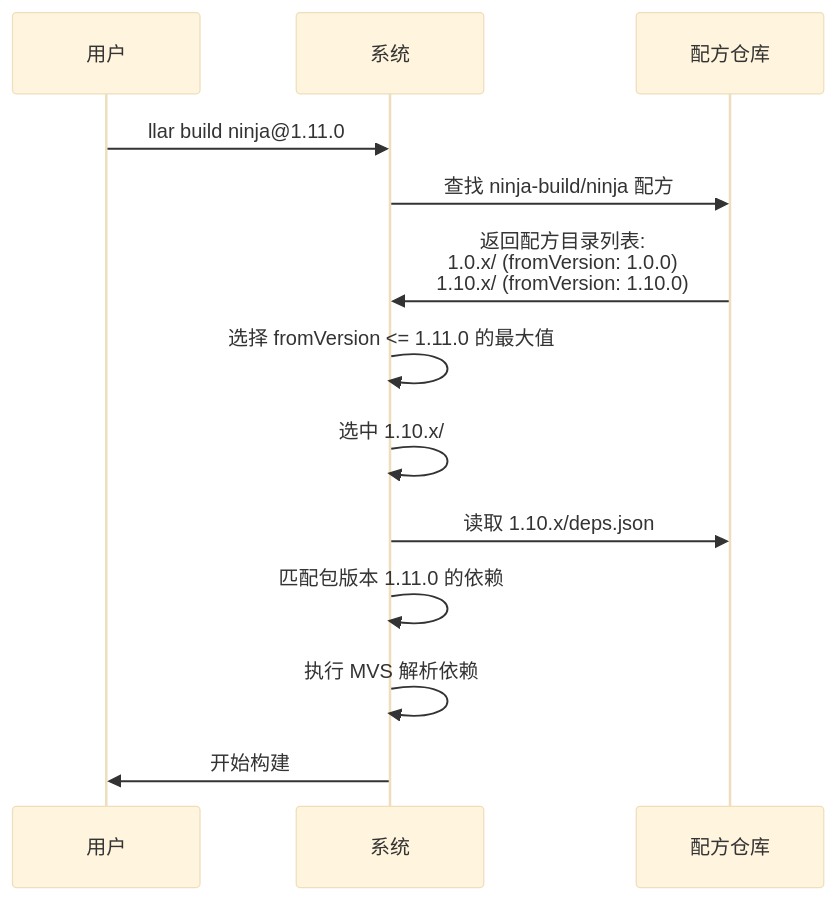
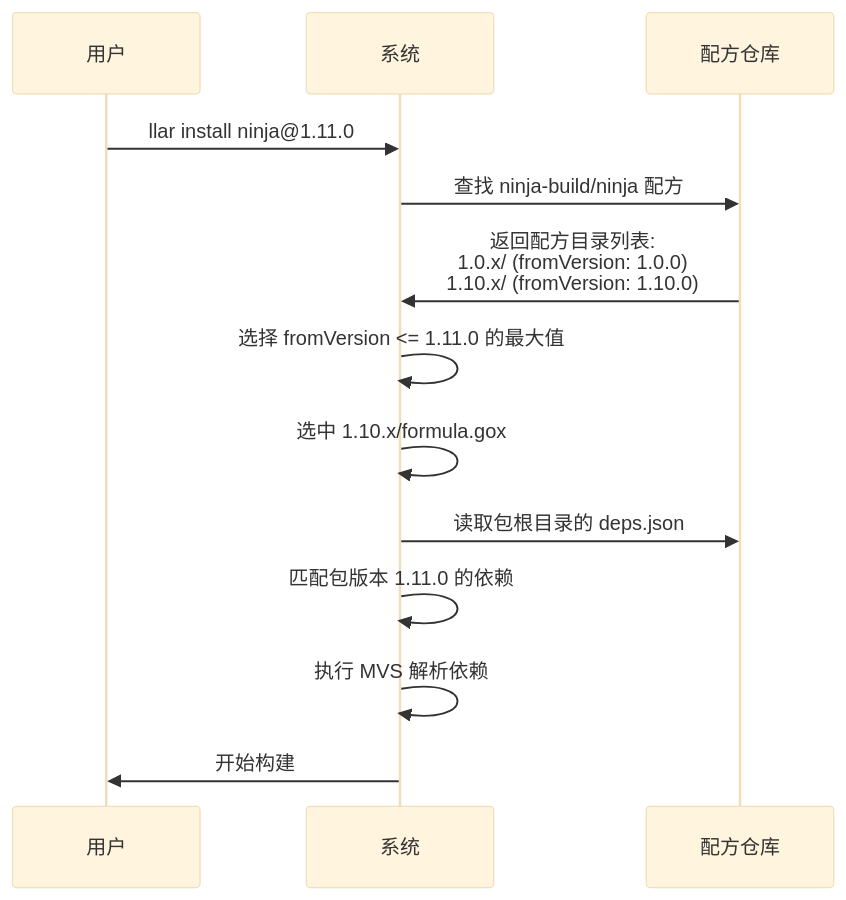
One commit to goplus/llar changed the third of 4 diagrams in docs/formula-version-design.md. Above: the diagram before and after it, drawn with Mermaid (base theme). The commit also changed other lines of this file and 3 other files, not shown here.

````diff
--- a/docs/formula-version-design.md
+++ b/docs/formula-version-design.md
@@ -132,16 +139,16 @@
 ```mermaid
 sequenceDiagram
     participant U as 用户
     participant S as 系统
     participant F as 配方仓库
 
-    U->>S: llar build ninja@1.11.0
+    U->>S: llar install ninja@1.11.0
     S->>F: 查找 ninja-build/ninja 配方
     F->>S: 返回配方目录列表:<br/>1.0.x/ (fromVersion: 1.0.0)<br/>1.10.x/ (fromVersion: 1.10.0)
     S->>S: 选择 fromVersion <= 1.11.0 的最大值
-    S->>S: 选中 1.10.x/
-    S->>F: 读取 1.10.x/deps.json
+    S->>S: 选中 1.10.x/formula.gox
+    S->>F: 读取包根目录的 deps.json
     S->>S: 匹配包版本 1.11.0 的依赖
     S->>S: 执行 MVS 解析依赖
     S->>U: 开始构建
 ```
````
